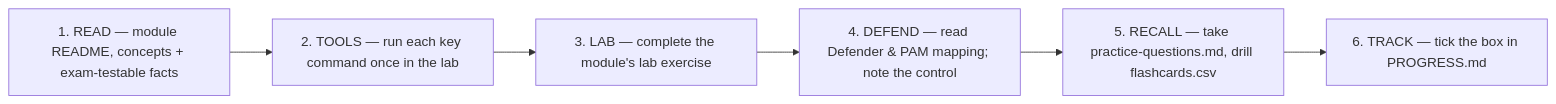
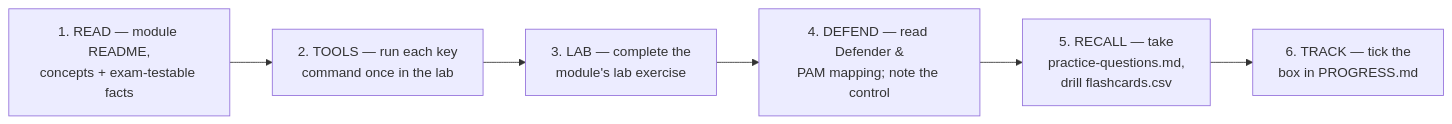
One commit to morandeirachema/CyberCerts changed the diagram in certs/ceh/STUDY-PLAN.md. Above: the diagram before and after it, drawn with Mermaid. The commit also changed other lines of this file and 106 other files, not shown here.

````diff
--- a/certs/ceh/STUDY-PLAN.md
+++ b/certs/ceh/STUDY-PLAN.md
@@ -38,10 +38,10 @@
 ```mermaid
 flowchart LR
-    S1["1. READ — module README, concepts + exam-testable facts"]
-    S2["2. TOOLS — run each key command once in the lab"]
-    S3["3. LAB — complete the module's lab exercise"]
-    S4["4. DEFEND — read Defender & PAM mapping; note the control"]
-    S5["5. RECALL — take practice-questions.md, drill flashcards.csv"]
-    S6["6. TRACK — tick the box in PROGRESS.md"]
+    S1["1. READ — module README,<br/>concepts + exam-testable facts"]
+    S2["2. TOOLS — run each key<br/>command once in the lab"]
+    S3["3. LAB — complete the<br/>module's lab exercise"]
+    S4["4. DEFEND — read Defender &<br/>PAM mapping; note the control"]
+    S5["5. RECALL — take<br/>practice-questions.md,<br/>drill flashcards.csv"]
+    S6["6. TRACK — tick the<br/>box in PROGRESS.md"]
     S1 --> S2 --> S3 --> S4 --> S5 --> S6
 ```
````
